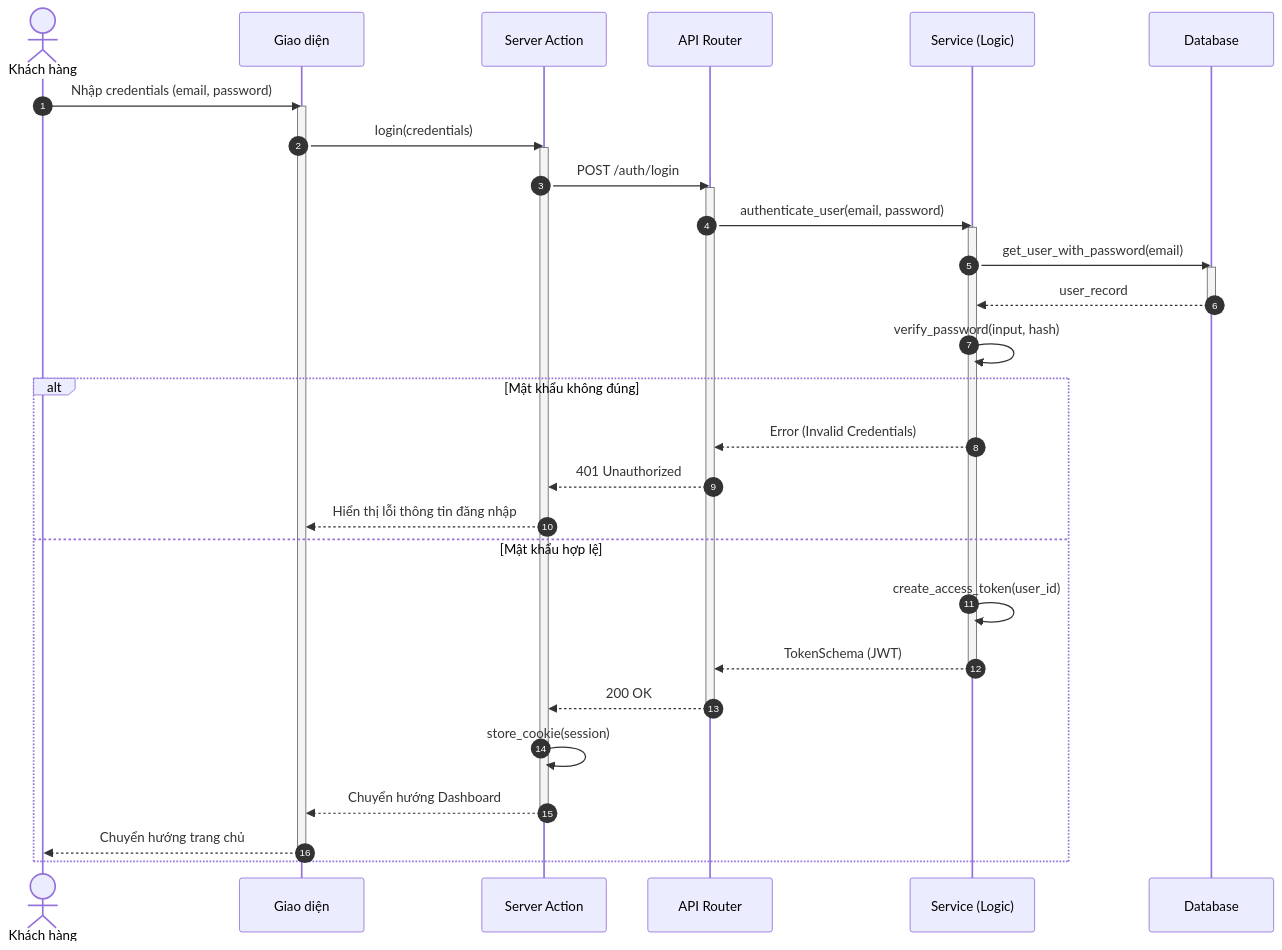
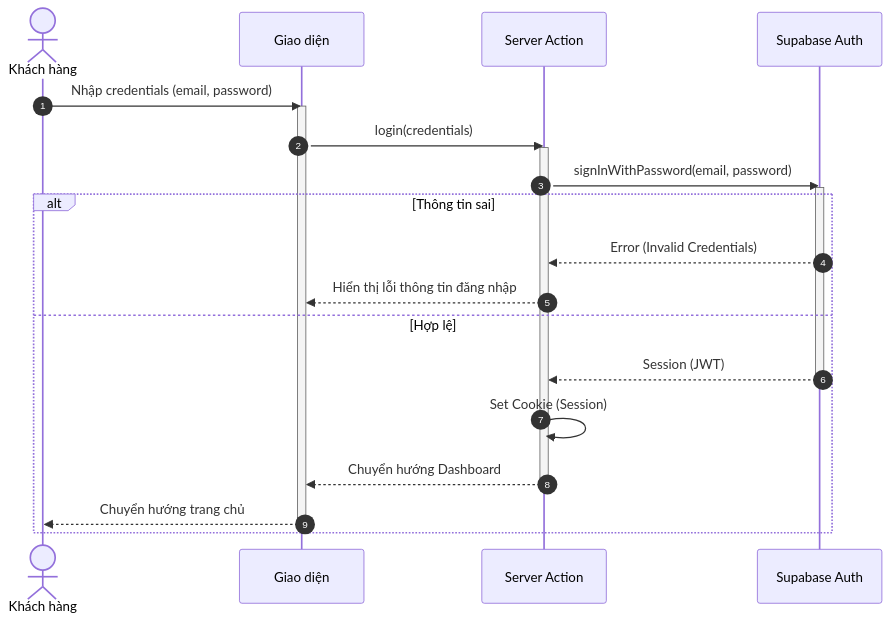
The third of 8 diagrams in docs/design/sequences/authentication.md (ngoctinn/Synapse), drawn with Mermaid before and after one commit. The commit also changed other lines of this file and 4 other files, not shown here.

Commit message:
docs: Add initial sequence diagrams for authentication, admin, customer, receptionist, and technician flows.

````diff
--- a/docs/design/sequences/authentication.md
+++ b/docs/design/sequences/authentication.md
@@ -126,48 +78,31 @@
 ```mermaid
 sequenceDiagram
     autonumber
     actor KH as Khách hàng
     participant UI as Giao diện
     participant BFF as Server Action
-    participant API as API Router
-    participant S as Service (Logic)
-    participant DB as Database
+    participant SUPA as Supabase Auth
 
     KH->>UI: Nhập credentials (email, password)
     activate UI
     UI->>BFF: login(credentials)
     activate BFF
 
-    BFF->>API: POST /auth/login
-    activate API
+    BFF->>SUPA: signInWithPassword(email, password)
+    activate SUPA
 
-    API->>S: authenticate_user(email, password)
-    activate S
+    alt Thông tin sai
+        SUPA-->>BFF: Error (Invalid Credentials)
+        BFF-->>UI: Hiển thị lỗi thông tin đăng nhập
+    else Hợp lệ
+        SUPA-->>BFF: Session (JWT)
+        deactivate SUPA
 
-    S->>DB: get_user_with_password(email)
-    activate DB
-    DB-->>S: user_record
-    deactivate DB
-
-    S->>S: verify_password(input, hash)
-
-    alt Mật khẩu không đúng
-        S-->>API: Error (Invalid Credentials)
-        API-->>BFF: 401 Unauthorized
-        BFF-->>UI: Hiển thị lỗi thông tin đăng nhập
-    else Mật khẩu hợp lệ
-        S->>S: create_access_token(user_id)
-        S-->>API: TokenSchema (JWT)
-        deactivate S
-
-        API-->>BFF: 200 OK
-        deactivate API
-
-        BFF->>BFF: store_cookie(session)
+        BFF->>BFF: Set Cookie (Session)
         BFF-->>UI: Chuyển hướng Dashboard
         deactivate BFF
 
         UI-->>KH: Chuyển hướng trang chủ
         deactivate UI
     end
 ```
````
